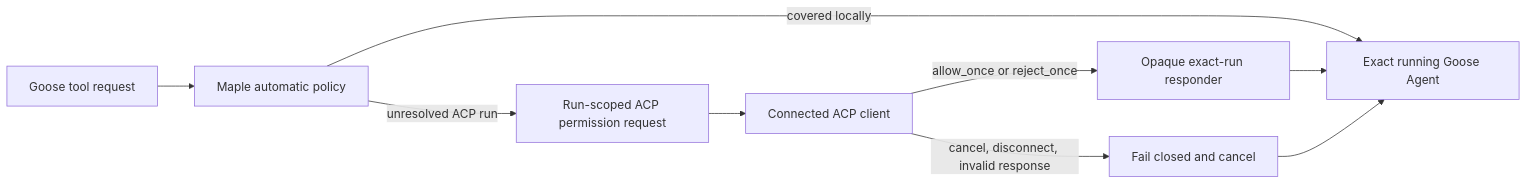
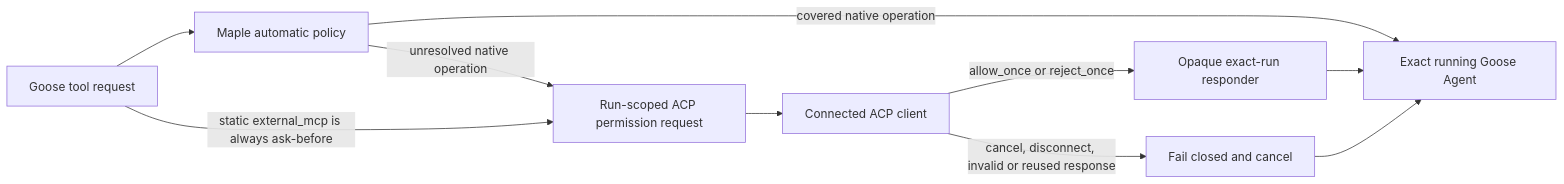
The third of 3 diagrams in docs/agent-mode-acp.md (OpenSecretCloud/Maple), drawn with Mermaid before and after one commit. The commit also changed other lines of this file and 13 other files, not shown here.

Commit message:
feat(agent): expand ACP support for Paseo

````diff
--- a/docs/agent-mode-acp.md
+++ b/docs/agent-mode-acp.md
@@ -182,11 +217,12 @@
 ```mermaid
 flowchart LR
     Tool["Goose tool request"] --> Policy["Maple automatic policy"]
-    Policy -->|"covered locally"| Goose["Exact running Goose Agent"]
-    Policy -->|"unresolved ACP run"| Request["Run-scoped ACP permission request"]
-    Request --> Caller["Connected ACP client"]
-    Caller -->|"allow_once or reject_once"| Responder["Opaque exact-run responder"]
+    Policy -->|"covered native operation"| Goose["Exact running Goose Agent"]
+    Policy -->|"unresolved native operation"| Request["Run-scoped ACP permission request"]
+    Tool -->|"static external_mcp is always ask-before"| Request
+    Request --> Client["Connected ACP client"]
+    Client -->|"allow_once or reject_once"| Responder["Opaque exact-run responder"]
     Responder --> Goose
-    Caller -->|"cancel, disconnect, invalid response"| Deny["Fail closed and cancel"]
+    Client -->|"cancel, disconnect, invalid or reused response"| Deny["Fail closed and cancel"]
     Deny --> Goose
 ```
````
